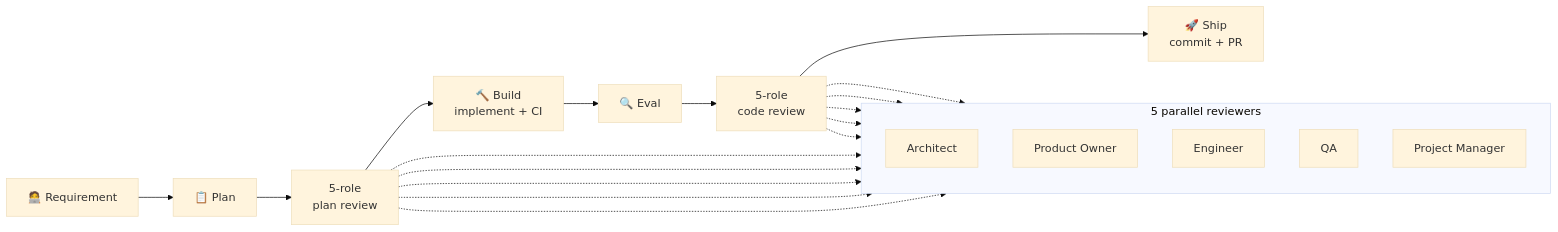
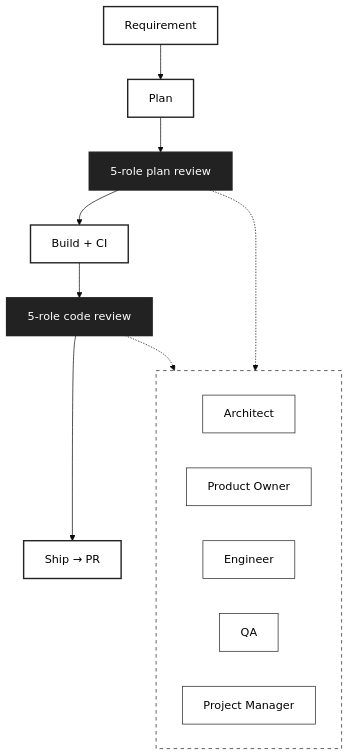
The first of 3 diagrams in README.md (arthaszeng/harness-orchestrator), drawn with Mermaid (base theme) before and after one commit. The commit also changed other lines of this file and 1 other file, not shown here.

First line of the commit message:
docs(readme): fix flow diagram layout, unify mermaid styles, improve structure (#89)

````diff
--- a/README.md
+++ b/README.md
@@ -61,24 +13,33 @@
 ```mermaid
-flowchart LR
-  You["🧑‍💻 Requirement"]
-  Plan["📋 Plan"]
-  PR1["5-role\nplan review"]
-  Build["🔨 Build\nimplement + CI"]
-  Eval["🔍 Eval"]
-  PR2["5-role\ncode review"]
-  Ship["🚀 Ship\ncommit + PR"]
+flowchart TB
+  Req["Requirement"] --> Plan["Plan"]
+  Plan --> PlanReview["5-role plan review"]
+  PlanReview --> Build["Build + CI"]
+  Build --> CodeReview["5-role code review"]
+  CodeReview --> Ship["Ship → PR"]
 
-  You --> Plan --> PR1 --> Build --> Eval --> PR2 --> Ship
-
-  subgraph "5 parallel reviewers"
-    direction TB
+  subgraph reviewers [" "]
+    direction LR
     A["Architect"]
     PO["Product Owner"]
-    E["Engineer"]
-    QA["QA"]
+    Eng["Engineer"]
+    Q["QA"]
     PM["Project Manager"]
   end
 
-  PR1 -.-> A & PO & E & QA & PM
-  PR2 -.-> A & PO & E & QA & PM
+  PlanReview -.-> reviewers
+  CodeReview -.-> reviewers
+
+  style Req fill:#fff,stroke:#222,stroke-width:2px,color:#000
+  style Plan fill:#fff,stroke:#222,stroke-width:2px,color:#000
+  style PlanReview fill:#222,stroke:#222,stroke-width:2px,color:#fff
+  style Build fill:#fff,stroke:#222,stroke-width:2px,color:#000
+  style CodeReview fill:#222,stroke:#222,stroke-width:2px,color:#fff
+  style Ship fill:#fff,stroke:#222,stroke-width:2px,color:#000
+  style A fill:#fff,stroke:#222,stroke-width:1px,color:#000
+  style PO fill:#fff,stroke:#222,stroke-width:1px,color:#000
+  style Eng fill:#fff,stroke:#222,stroke-width:1px,color:#000
+  style Q fill:#fff,stroke:#222,stroke-width:1px,color:#000
+  style PM fill:#fff,stroke:#222,stroke-width:1px,color:#000
+  style reviewers fill:none,stroke:#222,stroke-width:1px,stroke-dasharray: 5 5
 ```
````
